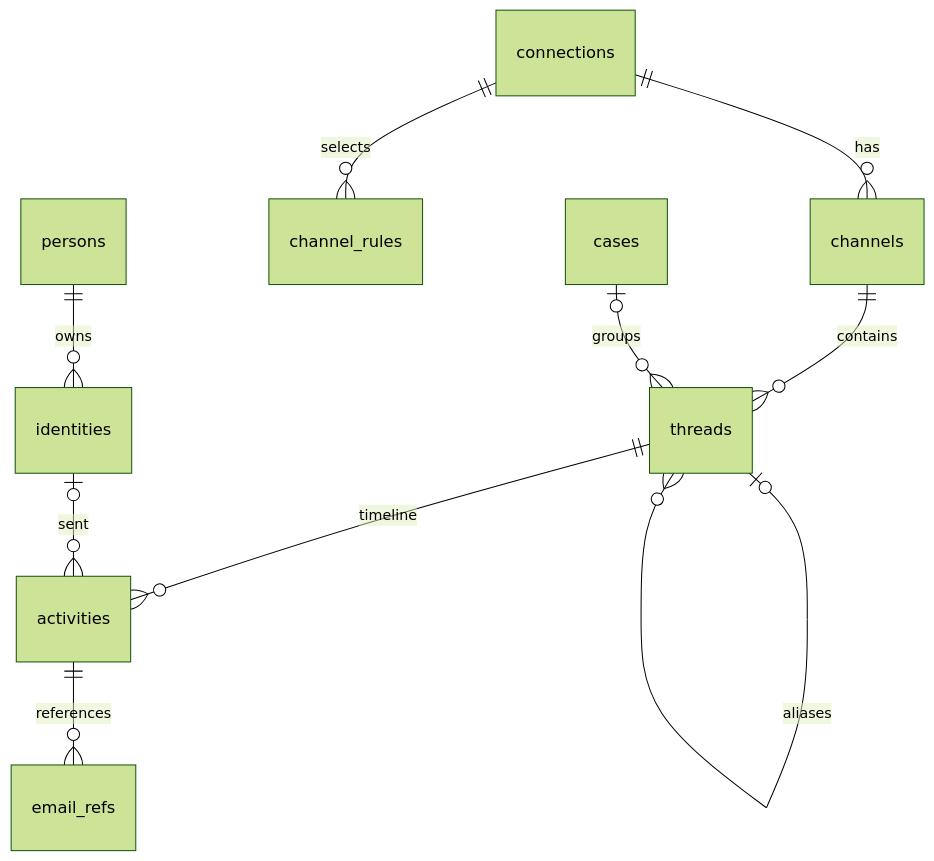
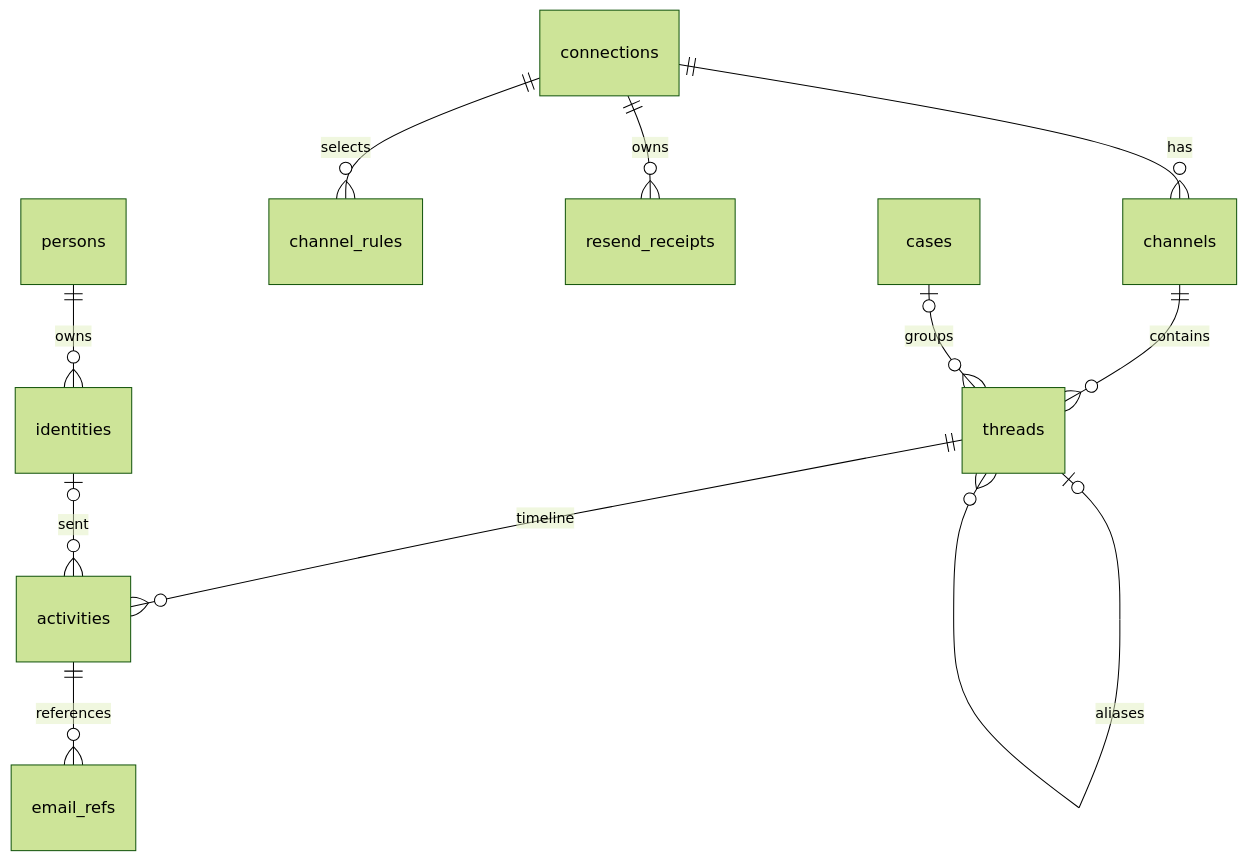
Before and after one commit to JMLegere/comms-terminal: the second of 2 diagrams in docs/design/api-and-database.md, drawn with Mermaid (forest theme). The commit also changed other lines of this file and 25 other files, not shown here.

Commit message:
Fix Gmail reply threading with signed Resend receipts

````diff
--- a/docs/design/api-and-database.md
+++ b/docs/design/api-and-database.md
@@ -255,12 +261,13 @@
 ```mermaid
 erDiagram
   connections ||--o{ channels : has
   connections ||--o{ channel_rules : selects
   channels ||--o{ threads : contains
   threads ||--o{ activities : timeline
   threads |o--o{ threads : aliases
   activities ||--o{ email_refs : references
+  connections ||--o{ resend_receipts : owns
   cases |o--o{ threads : groups
   persons ||--o{ identities : owns
   identities |o--o{ activities : sent
 ```
````
